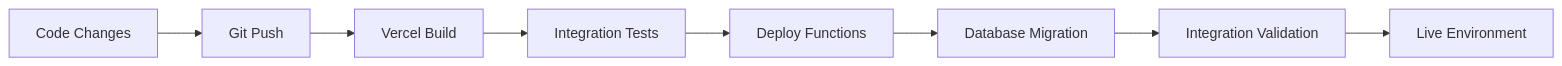
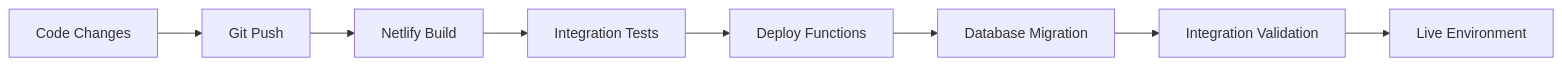
The ninth of 9 diagrams in docs/architecture/system-integration-architecture.md (alex-pcode/chicken-farm-management), drawn with Mermaid before and after one commit. The commit also changed other lines of this file and 10 other files, not shown here.

First line of the commit message:
docs: update architecture documentation for Netlify migration

````diff
--- a/docs/architecture/system-integration-architecture.md
+++ b/docs/architecture/system-integration-architecture.md
@@ -728,10 +744,10 @@
 ```mermaid
 graph LR
     Code[Code Changes] --> Git[Git Push]
-    Git --> Vercel[Vercel Build]
-    Vercel --> Tests[Integration Tests]
+    Git --> Netlify[Netlify Build]
+    Netlify --> Tests[Integration Tests]
     Tests --> Deploy[Deploy Functions]
     Deploy --> Database[Database Migration]
     Database --> Validation[Integration Validation]
     Validation --> Live[Live Environment]
 ```
````
